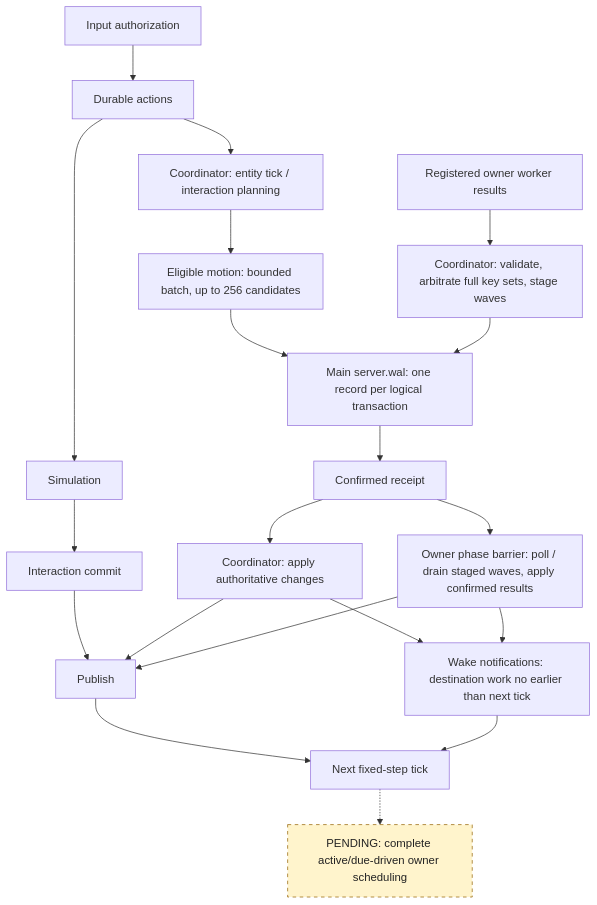
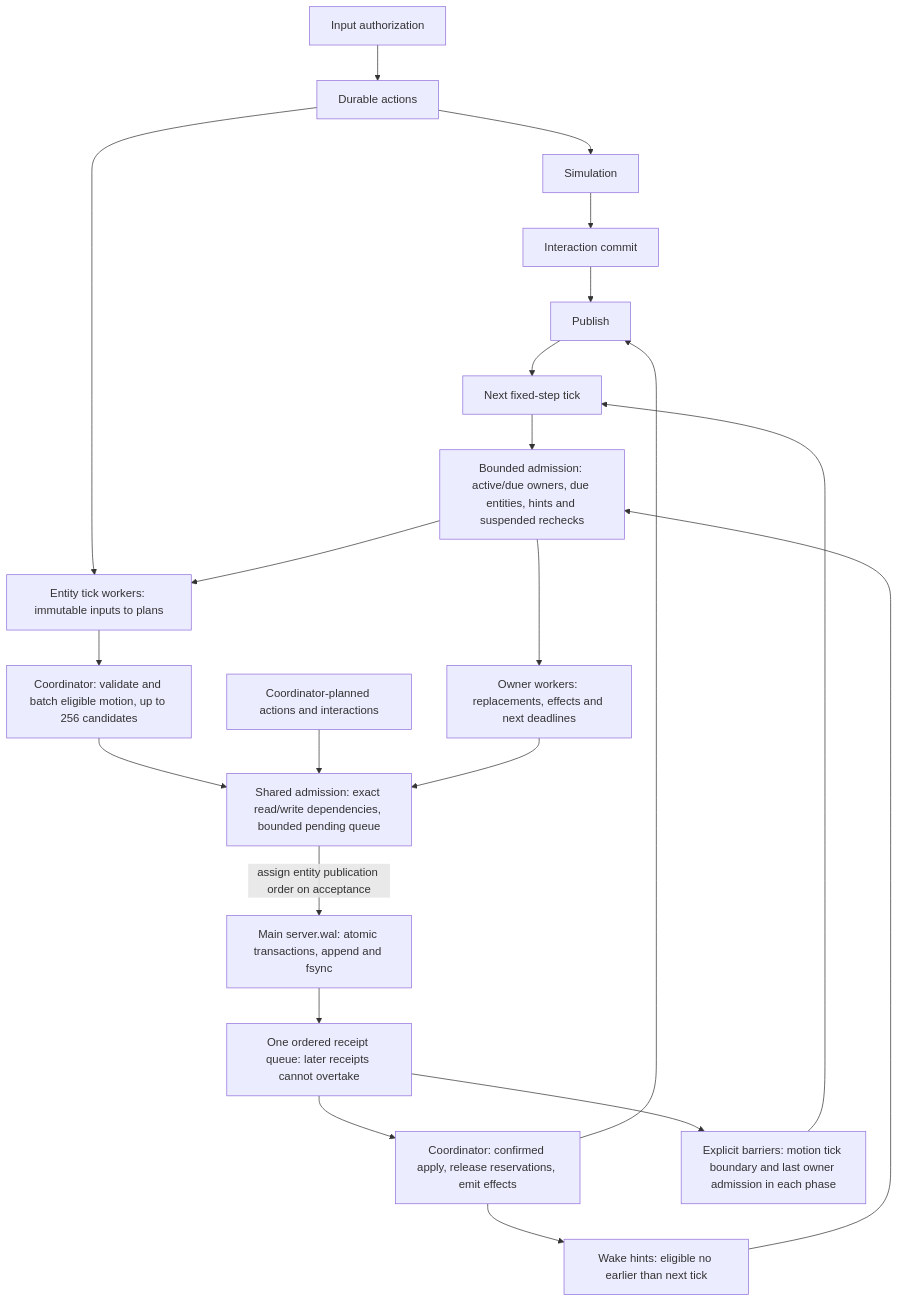
One commit to SuddenlyHazel/bloxgloom changed the second of 4 diagrams in README.md. Above: the diagram before and after it, drawn with Mermaid. The commit also changed other lines of this file, not shown here.

Commit message:
Update execution diagrams for completed server foundation slices

````diff
--- a/README.md
+++ b/README.md
@@ -86,27 +90,25 @@
 ```mermaid
 flowchart TB
     Input["Input authorization"] --> Durable["Durable actions"]
     Durable --> Simulation["Simulation"]
     Simulation --> Interaction["Interaction commit"]
     Interaction --> Publish["Publish"]
     Publish --> Next["Next fixed-step tick"]
 
-    Durable --> EntityPlan["Coordinator: entity tick / interaction planning"]
-    EntityPlan --> Motion["Eligible motion: bounded batch, up to 256 candidates"]
-    Motion --> Journal["Main server.wal: one record per logical transaction"]
-    Journal --> Receipt["Confirmed receipt"]
-    Receipt --> Apply["Coordinator: apply authoritative changes"]
+    Durable --> EntityPlan["Entity tick workers: immutable inputs to plans"]
+    EntityPlan --> Motion["Coordinator: validate and batch eligible motion, up to 256 candidates"]
+    Motion --> Admission["Shared admission: exact read/write dependencies, bounded pending queue"]
+    Actions["Coordinator-planned actions and interactions"] --> Admission
+    OwnerJobs["Owner workers: replacements, effects and next deadlines"] --> Admission
+    Admission -->|"assign entity publication order on acceptance"| Journal["Main server.wal: atomic transactions, append and fsync"]
+    Journal --> Receipt["One ordered receipt queue: later receipts cannot overtake"]
+    Receipt --> Apply["Coordinator: confirmed apply, release reservations, emit effects"]
     Apply --> Publish
-
-    OwnerJobs["Registered owner worker results"] --> Stage["Coordinator: validate, arbitrate full key sets, stage waves"]
-    Stage --> Journal
-    Receipt --> OwnerBarrier["Owner phase barrier: poll / drain staged waves, apply confirmed results"]
-    OwnerBarrier --> Publish
-    Apply --> Wake["Wake notifications: destination work no earlier than next tick"]
-    OwnerBarrier --> Wake
-    Wake --> Next
-
-    Next -.-> Sparse["PENDING: complete active/due-driven owner scheduling"]
-    classDef pending fill:#fff4cc,stroke:#946200,stroke-dasharray:5 5,color:#222;
-    class Sparse pending;
+    Receipt --> Barriers["Explicit barriers: motion tick boundary and last owner admission in each phase"]
+    Barriers --> Next
+    Apply --> Wake["Wake hints: eligible no earlier than next tick"]
+    Wake --> Schedule["Bounded admission: active/due owners, due entities, hints and suspended rechecks"]
+    Next --> Schedule
+    Schedule --> EntityPlan
+    Schedule --> OwnerJobs
 ```
````
